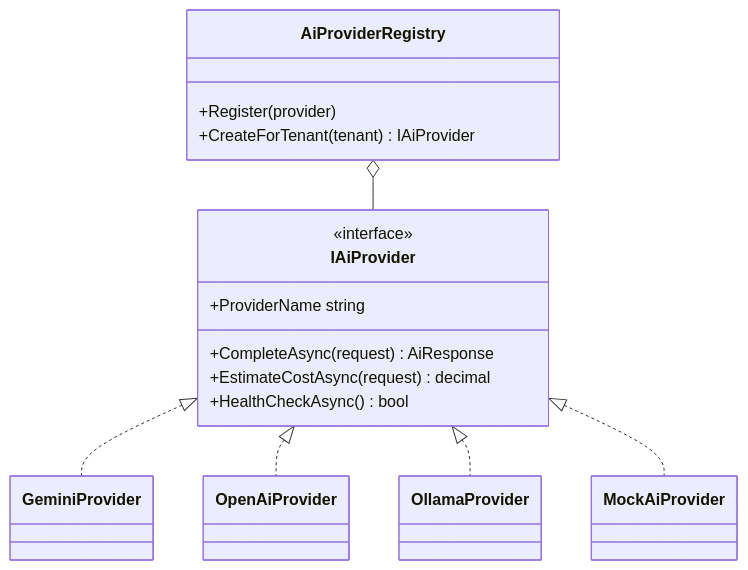
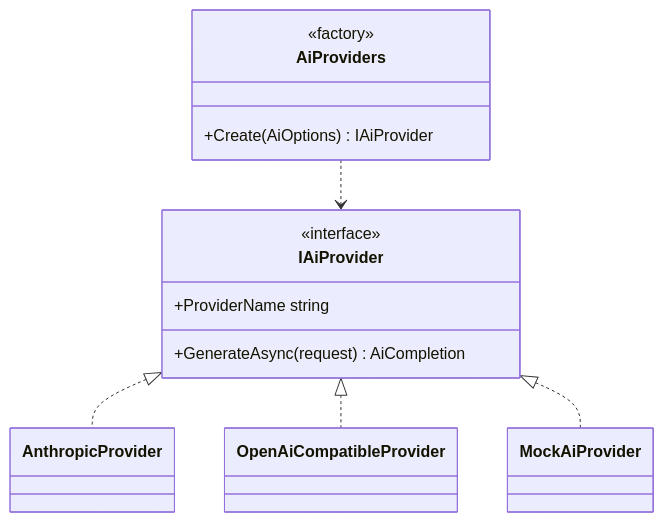
The fifth of 7 diagrams in docs/arquitectura.md (FelipeValenzuela00/AsistenteFinanciero), drawn with Mermaid before and after one commit. The commit also changed other lines of this file and 12 other files, not shown here.

````diff
--- a/docs/arquitectura.md
+++ b/docs/arquitectura.md
@@ -136,23 +135,19 @@
 ```mermaid
 classDiagram
     class IAiProvider {
         <<interface>>
         +ProviderName string
-        +CompleteAsync(request) AiResponse
-        +EstimateCostAsync(request) decimal
-        +HealthCheckAsync() bool
+        +GenerateAsync(request) AiCompletion
     }
-    class GeminiProvider
-    class OpenAiProvider
-    class OllamaProvider
+    class AnthropicProvider
+    class OpenAiCompatibleProvider
     class MockAiProvider
-    class AiProviderRegistry {
-        +Register(provider)
-        +CreateForTenant(tenant) IAiProvider
+    class AiProviders {
+        <<factory>>
+        +Create(AiOptions) IAiProvider
     }
-    IAiProvider <|.. GeminiProvider
-    IAiProvider <|.. OpenAiProvider
-    IAiProvider <|.. OllamaProvider
+    IAiProvider <|.. AnthropicProvider
+    IAiProvider <|.. OpenAiCompatibleProvider
     IAiProvider <|.. MockAiProvider
-    AiProviderRegistry o-- IAiProvider
+    AiProviders ..> IAiProvider
 ```
````
